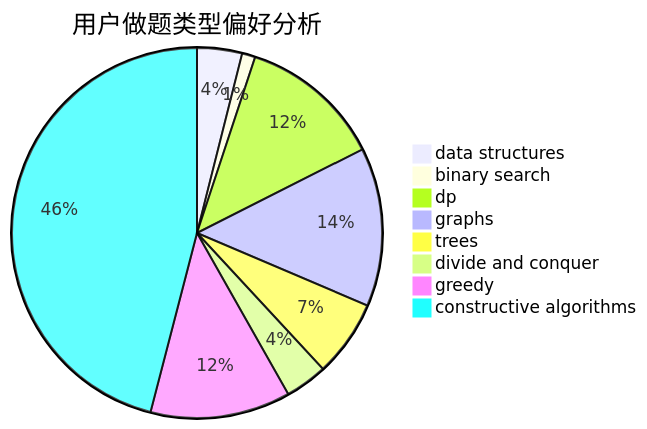
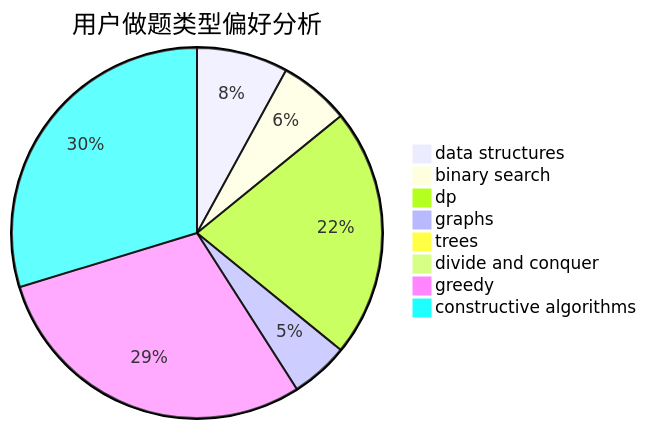
Before and after one commit to sherpahu/cfrs.github.io: the second of 3 diagrams in docs/user/u1458.md, drawn with Mermaid. The commit also changed other lines of this file and 2770 other files, not shown here.

````diff
--- a/docs/user/u1458.md
+++ b/docs/user/u1458.md
@@ -23,11 +23,11 @@
 ```mermaid
 pie title 用户做题类型偏好分析
-    "data structures" :  17
-    "binary search" :  5
-    "dp" :  54
-    "graphs" :  60
-    "trees" :  29
-    "divide and conquer" :  16
-    "greedy" :  53
-    "constructive algorithms" :  199
+    "data structures" :  22
+    "binary search" :  17
+    "dp" :  60
+    "graphs" :  14
+    "trees" :  1
+    "divide and conquer" :  0
+    "greedy" :  81
+    "constructive algorithms" :  82
 ```
````
